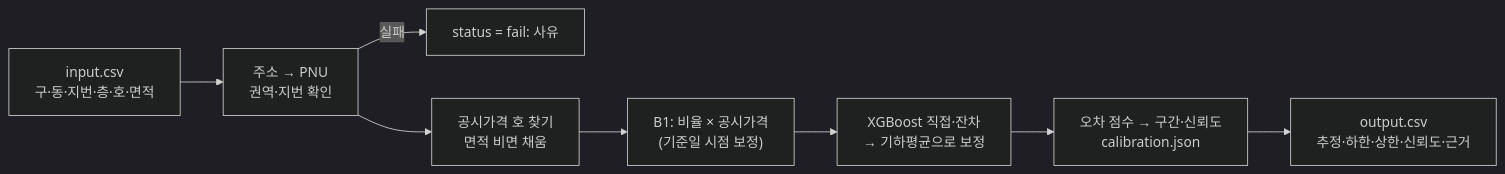
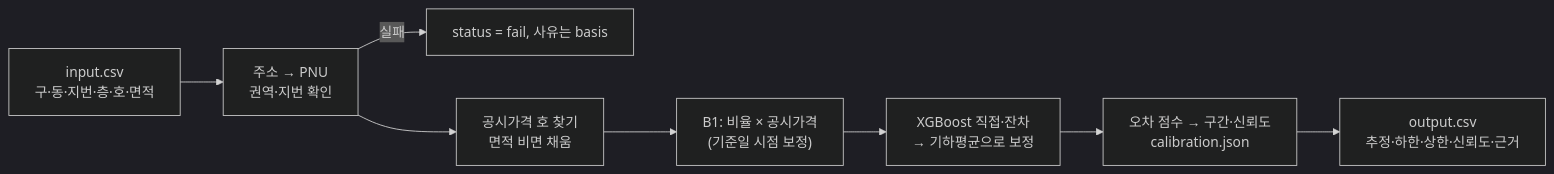
The second of 2 diagrams in docs/진행_과정.md (KimInSeok-DA/DA_Seoul_Villa_AVM), drawn with Mermaid (dark theme) before and after one commit. The commit also changed 13 other files, not shown here.

````diff
--- a/docs/진행_과정.md
+++ b/docs/진행_과정.md
@@ -214,10 +214,10 @@
 ```mermaid
 flowchart LR
     I["input.csv<br/>구·동·지번·층·호·면적"] --> P["주소 → PNU<br/>권역·지번 확인"]
-    P -->|실패| X["status = fail: 사유"]
+    P -->|실패| X["status = fail, 사유는 basis"]
     P --> Q["공시가격 호 찾기<br/>면적 비면 채움"]
     Q --> R["B1: 비율 × 공시가격<br/>(기준일 시점 보정)"]
     R --> M["XGBoost 직접·잔차<br/>→ 기하평균으로 보정"]
     M --> S["오차 점수 → 구간·신뢰도<br/>calibration.json"]
     S --> O["output.csv<br/>추정·하한·상한·신뢰도·근거"]
 ```
````
